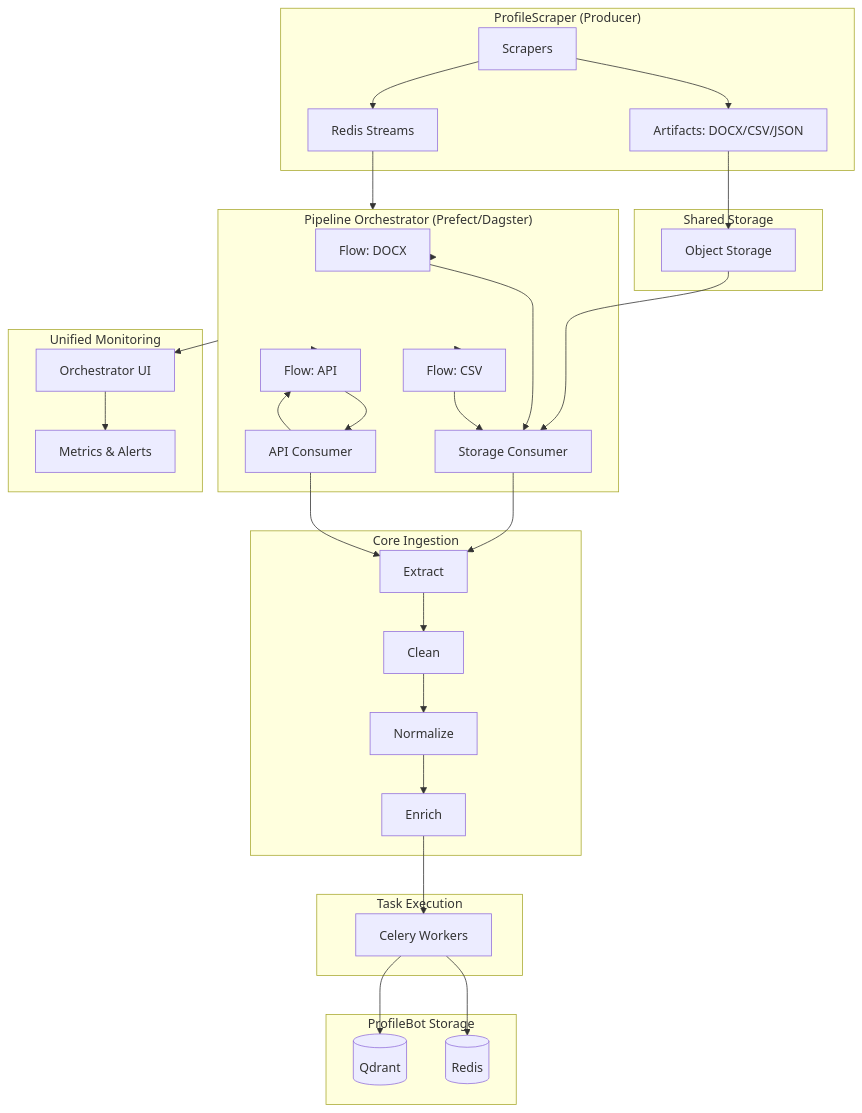
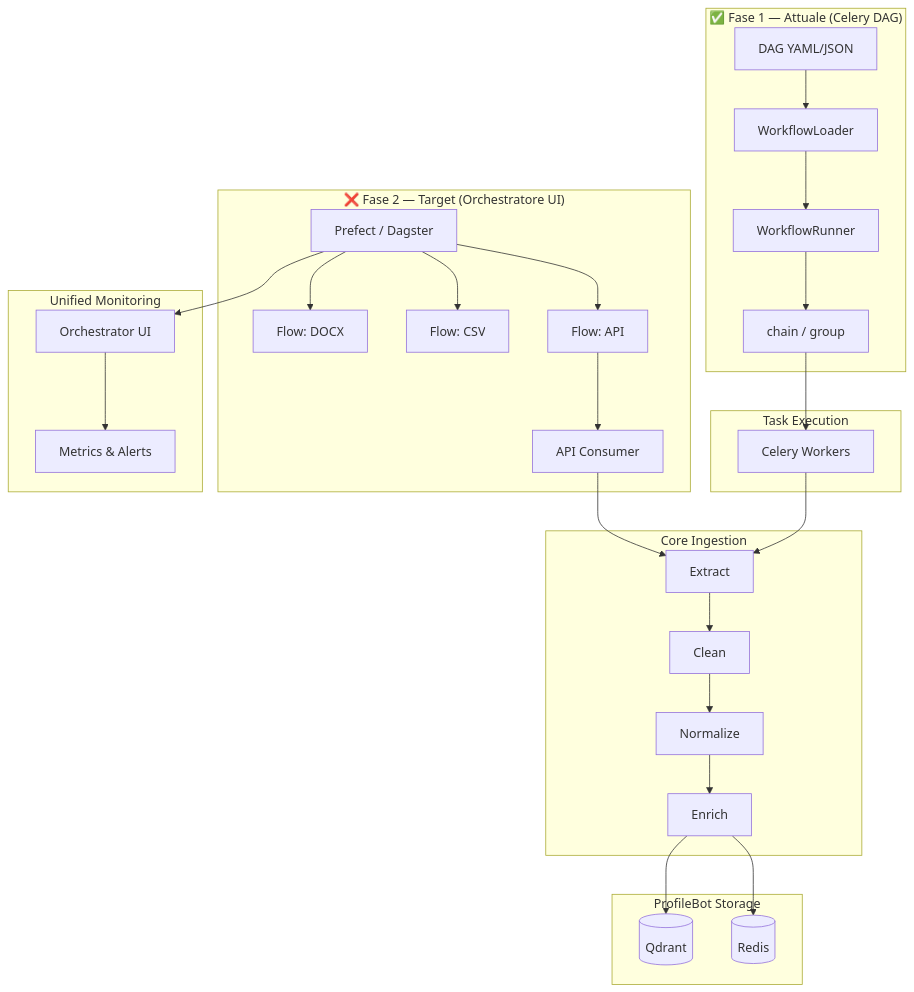
Before and after one commit to giamma80/profilebot: the first of 4 diagrams in docs/technical_debpt.md, drawn with Mermaid. The commit also changed other lines of this file and 3 other files, not shown here.

````diff
--- a/docs/technical_debpt.md
+++ b/docs/technical_debpt.md
@@ -186,65 +241,53 @@
 ```mermaid
 flowchart TB
-    subgraph Producer["ProfileScraper (Producer)"]
-        Scrapers[Scrapers]
-        Artifacts[Artifacts: DOCX/CSV/JSON]
-        Events[Redis Streams]
+    subgraph Current["✅ Fase 1 — Attuale (Celery DAG)"]
+        DAG["DAG YAML/JSON"]
+        Loader["WorkflowLoader"]
+        Runner["WorkflowRunner"]
+        CeleryCanvas["chain / group"]
     end
 
-    subgraph Storage["Shared Storage"]
-        Bucket[Object Storage]
-    end
-
-    subgraph Orchestrator["Pipeline Orchestrator (Prefect/Dagster)"]
+    subgraph Target["❌ Fase 2 — Target (Orchestratore UI)"]
+        Orchestrator["Prefect / Dagster"]
         FlowDocx["Flow: DOCX"]
         FlowCsv["Flow: CSV"]
         FlowApi["Flow: API"]
-        ConsumerS["Storage Consumer"]
         ConsumerA["API Consumer"]
     end
 
     subgraph Core["Core Ingestion"]
         Extract[Extract]
         Clean[Clean]
         Normalize[Normalize]
         Enrich[Enrich]
     end
 
     subgraph Workers["Task Execution"]
         Celery[Celery Workers]
     end
 
     subgraph StorageCore["ProfileBot Storage"]
         Qdrant[(Qdrant)]
         Redis[(Redis)]
     end
 
     subgraph Monitoring["Unified Monitoring"]
         UI[Orchestrator UI]
         Metrics[Metrics & Alerts]
     end
 
-    Scrapers --> Artifacts --> Bucket
-    Scrapers --> Events
-
-    Events --> Orchestrator
-    Bucket --> ConsumerS
-    ConsumerA --> FlowApi
+    DAG --> Loader --> Runner --> CeleryCanvas --> Celery
 
     Orchestrator --> FlowDocx
     Orchestrator --> FlowCsv
     Orchestrator --> FlowApi
-
-    FlowDocx --> ConsumerS
-    FlowCsv --> ConsumerS
     FlowApi --> ConsumerA
 
-    ConsumerS --> Extract
     ConsumerA --> Extract
+    Celery --> Extract
     Extract --> Clean --> Normalize --> Enrich
-    Enrich --> Celery
-    Celery --> Qdrant
-    Celery --> Redis
+    Enrich --> Qdrant
+    Enrich --> Redis
 
     Orchestrator --> UI --> Metrics
 ```
````
